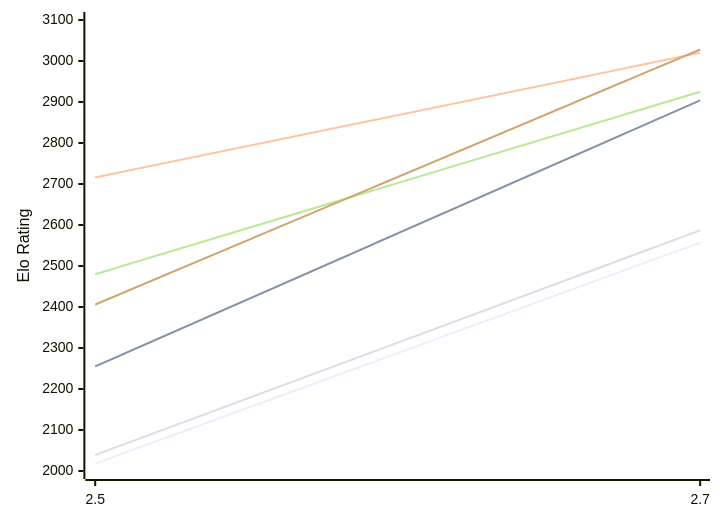
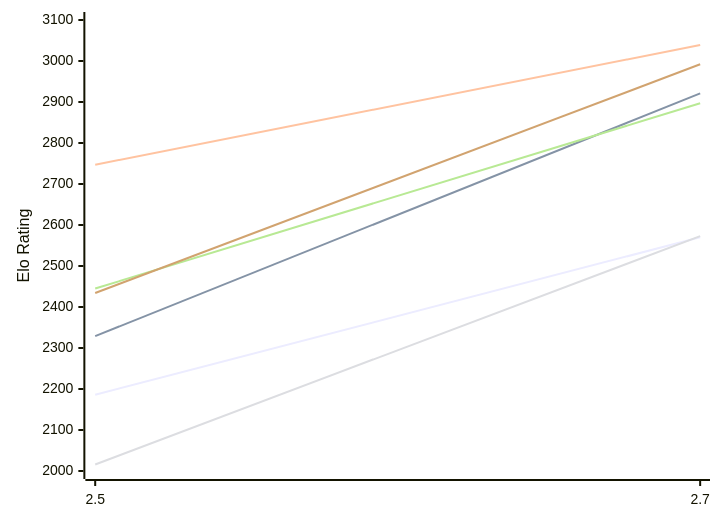
The first of 2 diagrams in engines/Zevra.md (computer-chess-index/cci), drawn with Mermaid before and after one commit. The commit also changed other lines of this file, not shown here.

Commit message:
Update CCI Ratings (ELO VLTC) - 2026-11-14

````diff
--- a/engines/Zevra.md
+++ b/engines/Zevra.md
@@ -50,12 +50,12 @@
 ```mermaid
 %%{init: {"theme":"base","themeVariables":{"seriesColors:['#a3a3a3','#222221','#faa371']}}}%%
 xychart-beta
   x-axis ["2.5", "2.7"]
   y-axis "Elo Rating" 2000 --> 3100
-  line "E1: STC (8.0+0.08s)" [2018, 2557]
-  line "E1: LTC (60.0+0.60s)" [2255, 2904]
-  line "E1: VLTC (2m24s+1.12s)" [2716, 3020]
-  line "P1: STC (8.0+0.08s)" [2039, 2587]
-  line "P1: LTC (60.0+0.60s)" [2480, 2925]
-  line "P1: VLTC (2m24s+1.12s)" [2406, 3028]
+  line "E1: STC (8.0+0.08s)" [2186, 2570]
+  line "E1: LTC (60.0+0.60s)" [2329, 2921]
+  line "E1: VLTC (2m24s+1.12s)" [2747, 3039]
+  line "P1: STC (8.0+0.08s)" [2016, 2573]
+  line "P1: LTC (60.0+0.60s)" [2445, 2897]
+  line "P1: VLTC (2m24s+1.12s)" [2434, 2992]
 ```
````
